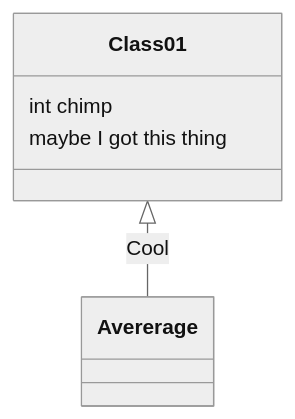
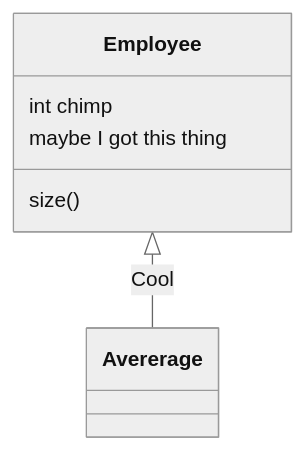
One commit to Marcus-Snell/Test changed the diagram in mermaid.md. Above: the diagram before and after it, drawn with Mermaid (neutral theme).

````diff
--- a/mermaid.md
+++ b/mermaid.md
@@ -1,6 +1,7 @@
 ```mermaid
 classDiagram
-Class01 <|-- Avererage : Cool
-Class01 : int chimp
-Class01 : maybe I got this thing
+Employee <|-- Avererage : Cool
+Employee : int chimp
+Employee : maybe I got this thing
+Employee : size()
 ```
````
